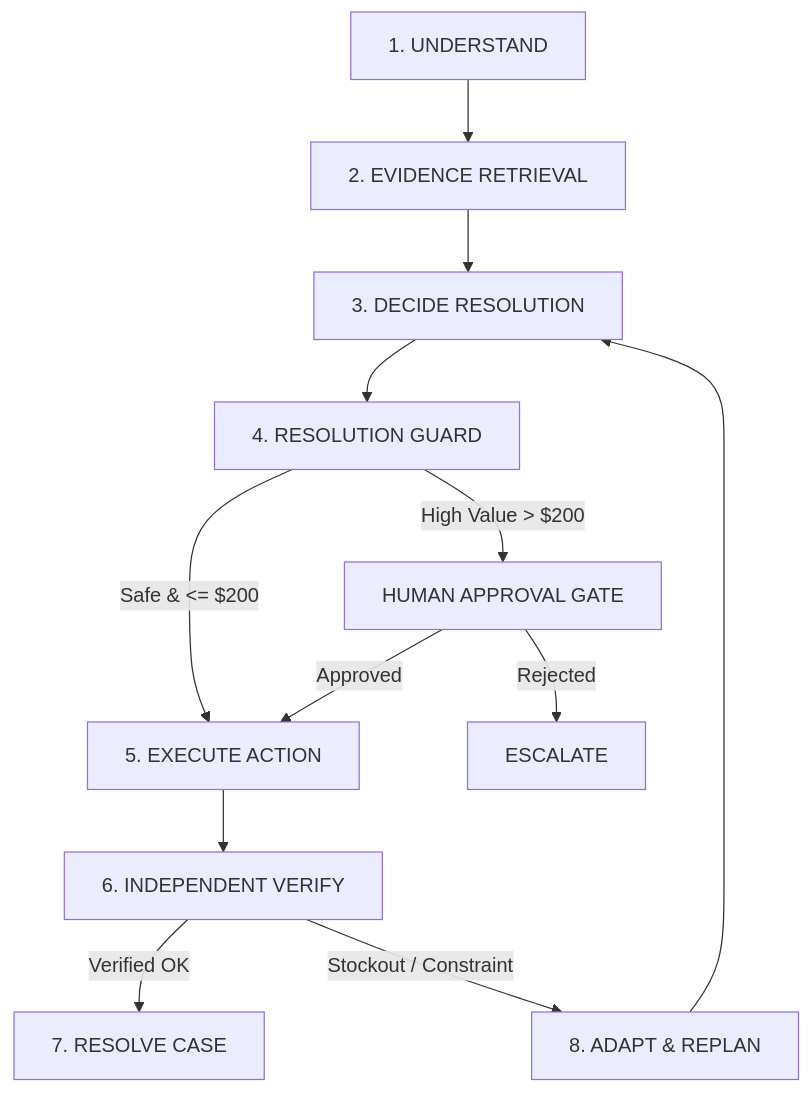
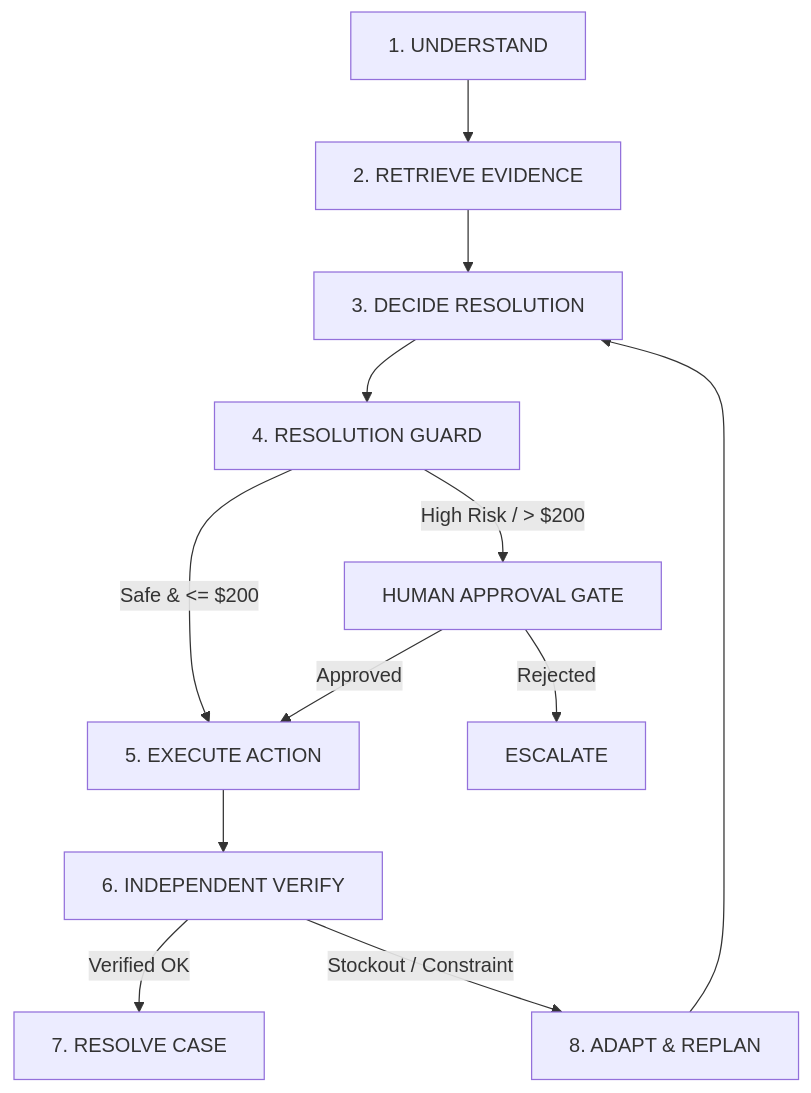
The diagram in README.md (PurvaBhadange/ResolveOS-2), drawn with Mermaid before and after one commit. The commit also changed other lines of this file and 26 other files, not shown here.

````diff
--- a/README.md
+++ b/README.md
@@ -90,14 +24,14 @@
 ```mermaid
 flowchart TD
-    A[1. UNDERSTAND] --> B[2. EVIDENCE RETRIEVAL]
+    A[1. UNDERSTAND] --> B[2. RETRIEVE EVIDENCE]
     B --> C[3. DECIDE RESOLUTION]
     C --> D[4. RESOLUTION GUARD]
     D -->|Safe & <= $200| E[5. EXECUTE ACTION]
-    D -->|High Value > $200| F[HUMAN APPROVAL GATE]
+    D -->|High Risk / > $200| F[HUMAN APPROVAL GATE]
     F -->|Approved| E
     F -->|Rejected| G[ESCALATE]
     E --> H[6. INDEPENDENT VERIFY]
     H -->|Verified OK| I[7. RESOLVE CASE]
     H -->|Stockout / Constraint| J[8. ADAPT & REPLAN]
     J --> C
 ```
````
